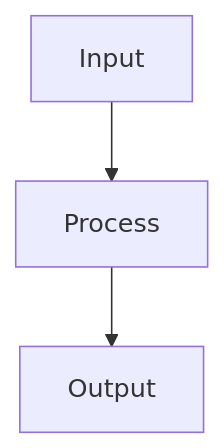
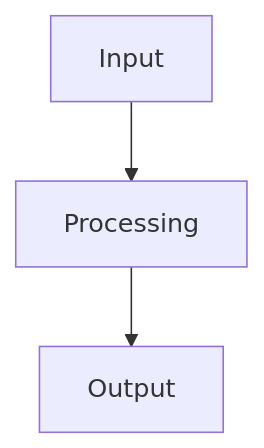
The diagram in CONTRIBUTING.md (bartytime4life/Kansas-Frontier-Matrix), drawn with Mermaid before and after one commit. The commit also changed other lines of this file, not shown here.

````diff
--- a/CONTRIBUTING.md
+++ b/CONTRIBUTING.md
@@ -235,7 +216,7 @@
-```mermaid
+~~~~~mermaid
 flowchart TD
   A["Input"]
-  B["Process"]
+  B["Processing"]
   C["Output"]
   A --> B --> C
-```
+~~~~~
````
